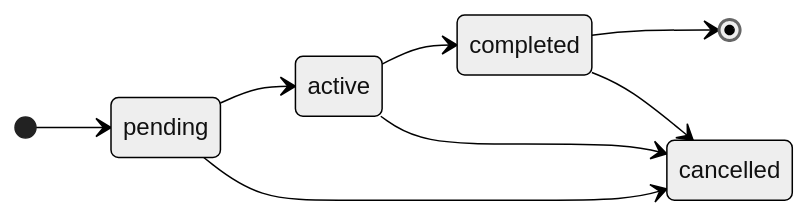
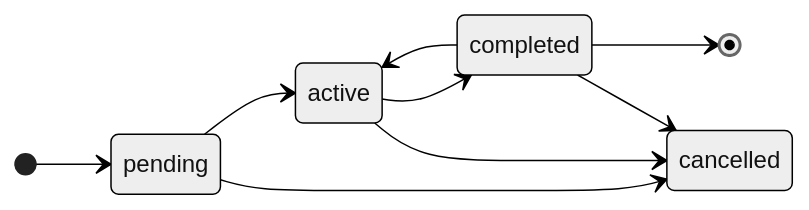
One commit to drossan/claude-plugins changed the first of 2 diagrams in docs/guides/task-lifecycle.md. Above: the diagram before and after it, drawn with Mermaid (neutral theme). The commit also changed other lines of this file and 20 other files, not shown here.

````diff
--- a/docs/guides/task-lifecycle.md
+++ b/docs/guides/task-lifecycle.md
@@ -502,11 +504,12 @@
 ```mermaid
 stateDiagram-v2
     direction LR
     [*] --> pending
     pending --> active
     active --> completed
+    completed --> active
     completed --> [*]
     pending --> cancelled
     active --> cancelled
     completed --> cancelled
 ```
````
